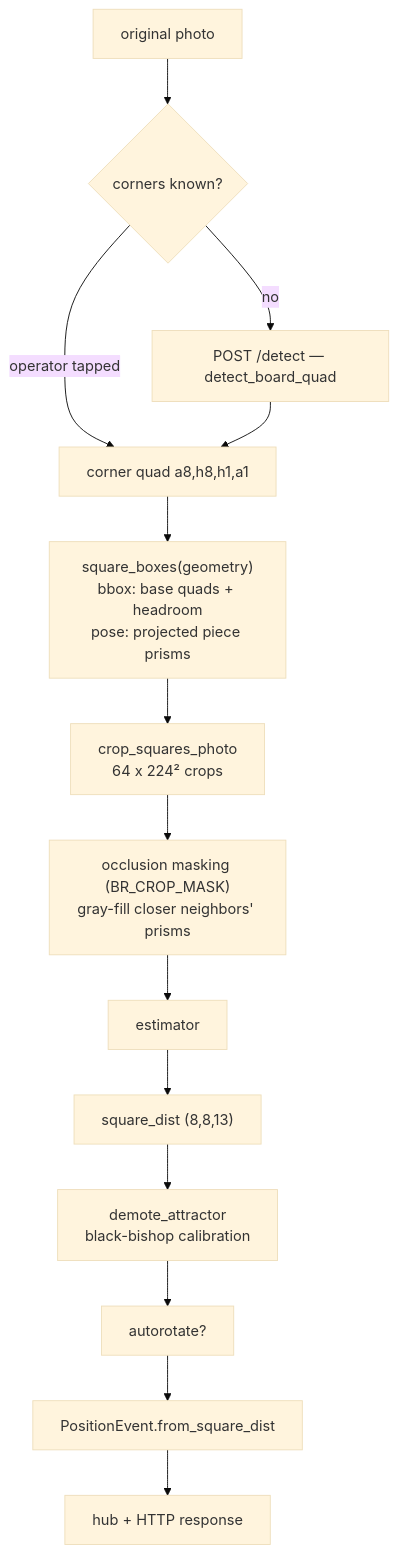
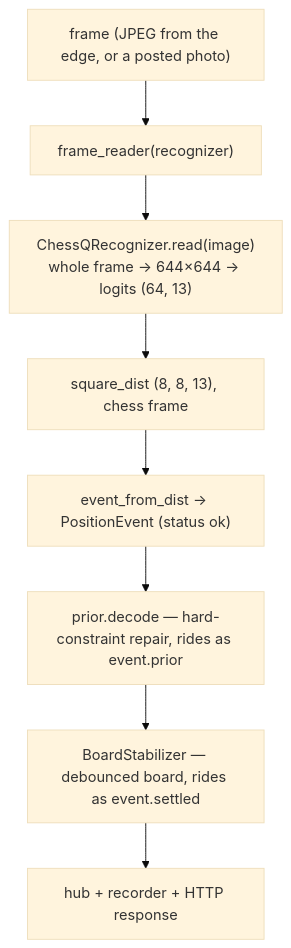
Before and after one commit to membranepotential/board-reader: the diagram in docs/recognition-pipeline.md, drawn with Mermaid (base theme). The commit also changed other lines of this file and 16 other files, not shown here.

````diff
--- a/docs/recognition-pipeline.md
+++ b/docs/recognition-pipeline.md
@@ -14,16 +16,10 @@
 ```mermaid
 flowchart TD
-  photo[original photo] --> corners{corners known?}
-  corners -->|operator tapped| geom[corner quad a8,h8,h1,a1]
-  corners -->|no| detect["POST /detect — detect_board_quad"]
-  detect --> geom
-  geom --> boxes["square_boxes(geometry)<br/>bbox: base quads + headroom<br/>pose: projected piece prisms"]
-  boxes --> crops["crop_squares_photo<br/>64 x 224² crops"]
-  crops --> mask["occlusion masking (BR_CROP_MASK)<br/>gray-fill closer neighbors' prisms"]
-  mask --> est[estimator]
-  est --> dist["square_dist (8,8,13)"]
-  dist --> demote["demote_attractor<br/>black-bishop calibration"]
-  demote --> rot[autorotate?]
-  rot --> event["PositionEvent.from_square_dist"]
-  event --> out[hub + HTTP response]
+  frame["frame (JPEG from the edge, or a posted photo)"] --> read["frame_reader(recognizer)"]
+  read --> cq["ChessQRecognizer.read(image)<br/>whole frame → 644×644 → logits (64, 13)"]
+  cq --> dist["square_dist (8, 8, 13), chess frame"]
+  dist --> event["event_from_dist → PositionEvent (status ok)"]
+  event --> prior["prior.decode — hard-constraint repair, rides as event.prior"]
+  prior --> settle["BoardStabilizer — debounced board, rides as event.settled"]
+  settle --> out[hub + recorder + HTTP response]
 ```
````
